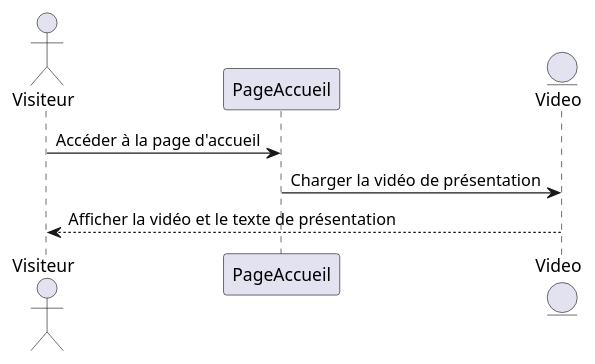
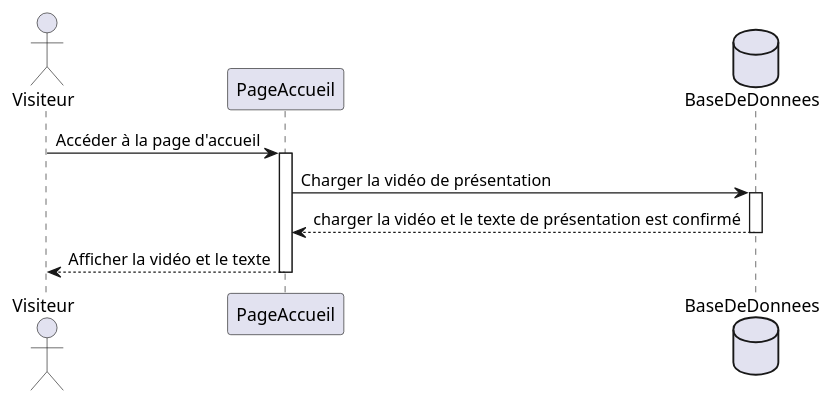
Before and after one commit to elamranibilel/Ortholib: the diagram in analyse/UML/Séquence/visiteur/2_voirVideoPresentation_Texte.wsd, drawn with PlantUML. The commit also changed 18 other files, not shown here.

```diff
--- a/analyse/UML/Séquence/visiteur/2_voirVideoPresentation_Texte.wsd
+++ b/analyse/UML/Séquence/visiteur/2_voirVideoPresentation_Texte.wsd
@@ -1,9 +1,14 @@
 @startuml VideoPresentation
 actor Visiteur
 participant PageAccueil
-entity Video
+database BaseDeDonnees
 
 Visiteur -> PageAccueil : Accéder à la page d'accueil
-PageAccueil -> Video : Charger la vidéo de présentation
-Video --> Visiteur : Afficher la vidéo et le texte de présentation
+activate PageAccueil
+PageAccueil -> BaseDeDonnees : Charger la vidéo de présentation
+activate BaseDeDonnees
+BaseDeDonnees --> PageAccueil : charger la vidéo et le texte de présentation est confirmé
+deactivate BaseDeDonnees
+PageAccueil --> Visiteur : Afficher la vidéo et le texte
+deactivate PageAccueil
 @enduml
```
